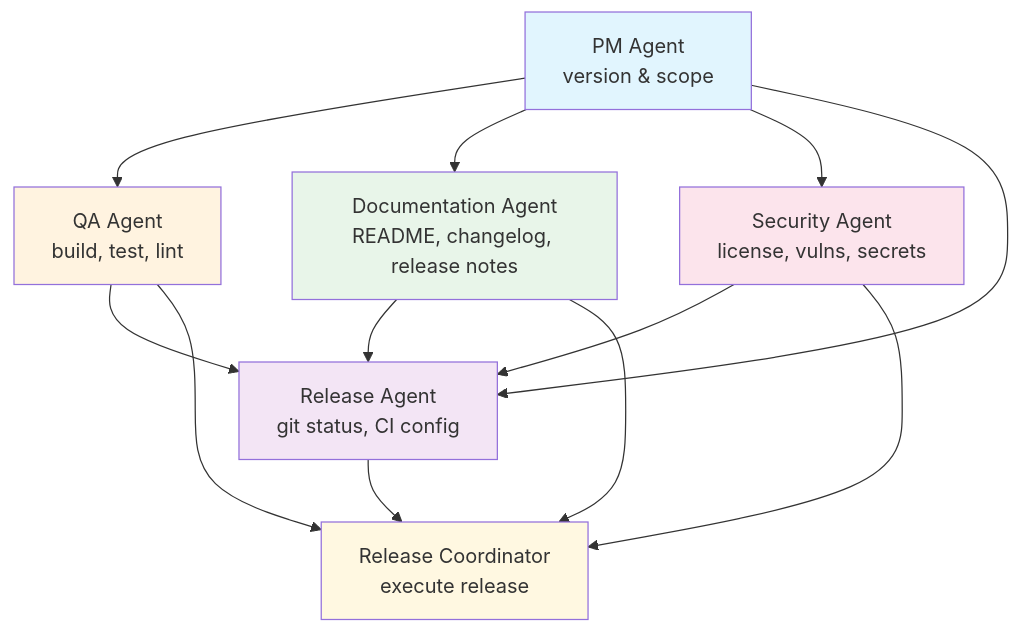
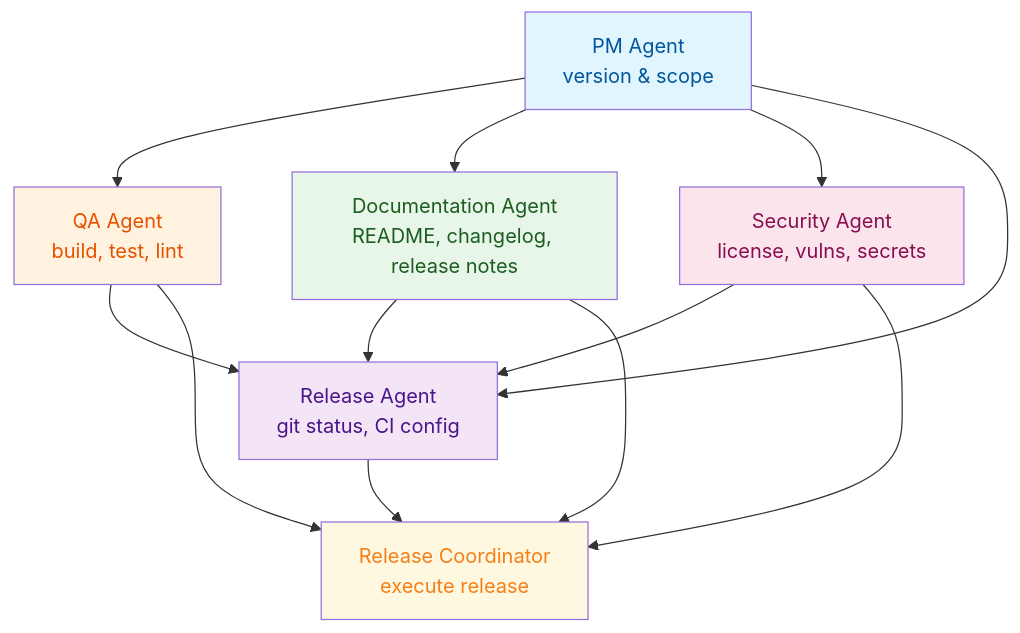
Before and after one commit to grokify/prepush: the diagram in README.md, drawn with Mermaid.

Commit message:
fix(docs): use darker text colors in DAG diagram for dark mode
Add explicit text colors matching each box's color family for better
readability in GitHub dark mode.

````diff
--- a/README.md
+++ b/README.md
@@ -29,23 +29,23 @@
 ```mermaid
 graph TD
     PM[PM Agent<br/>version & scope] --> QA[QA Agent<br/>build, test, lint]
     PM --> Docs[Documentation Agent<br/>README, changelog, release notes]
     PM --> Security[Security Agent<br/>license, vulns, secrets]
     PM --> Release[Release Agent<br/>git status, CI config]
 
     QA --> Release
     Docs --> Release
     Security --> Release
 
     QA --> Coordinator[Release Coordinator<br/>execute release]
     Docs --> Coordinator
     Security --> Coordinator
     Release --> Coordinator
 
-    style PM fill:#e1f5fe
-    style QA fill:#fff3e0
-    style Docs fill:#e8f5e9
-    style Security fill:#fce4ec
-    style Release fill:#f3e5f5
-    style Coordinator fill:#fff8e1
+    style PM fill:#e1f5fe,color:#01579b
+    style QA fill:#fff3e0,color:#e65100
+    style Docs fill:#e8f5e9,color:#1b5e20
+    style Security fill:#fce4ec,color:#880e4f
+    style Release fill:#f3e5f5,color:#4a148c
+    style Coordinator fill:#fff8e1,color:#f57f17
 ```
````
